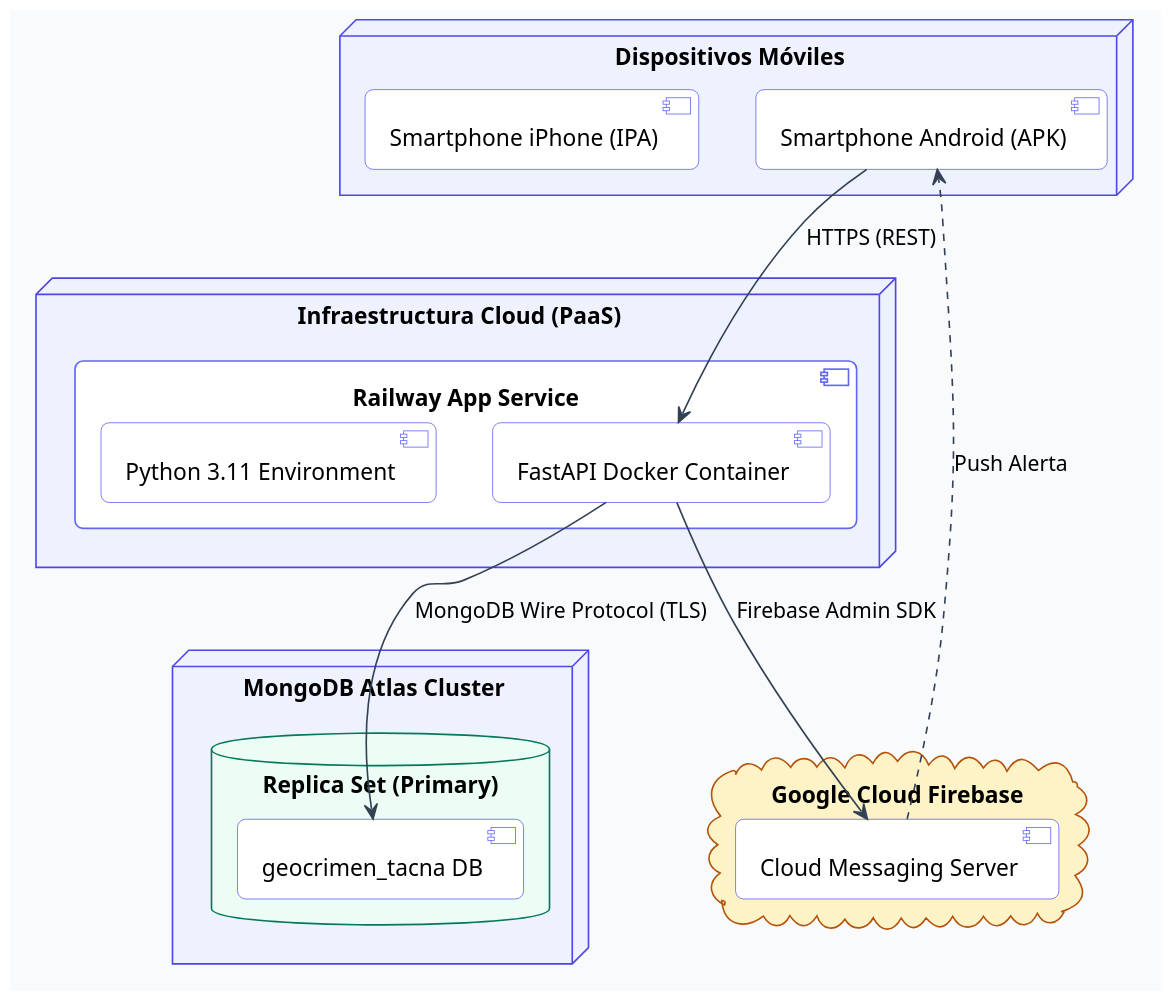
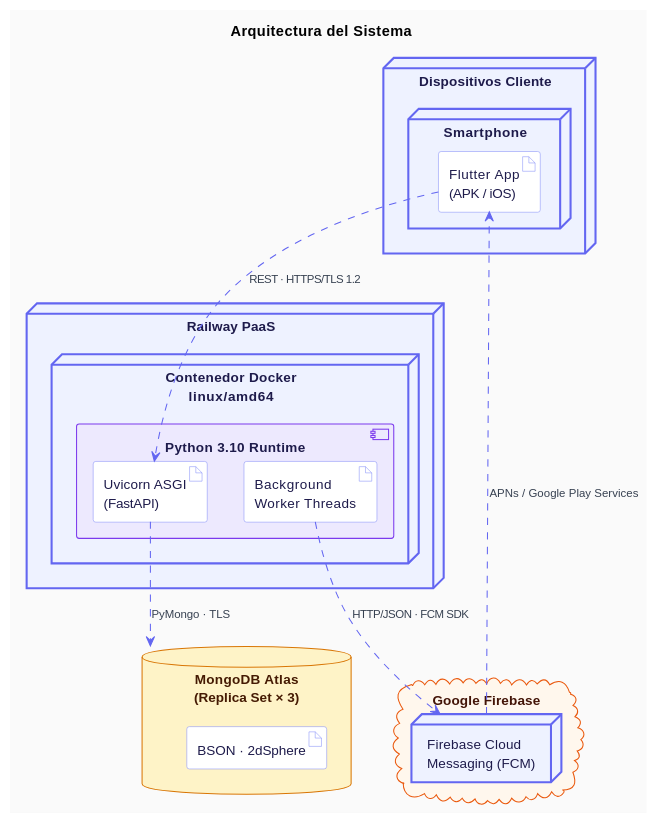
Before and after one commit to pieroalexanderppc/sgeo_pp: the tenth of 10 diagrams in docs/FD04-EPIS-Informe SAD de Proyecto.md, drawn with PlantUML. The commit also changed other lines of this file and 1 other file, not shown here.

````diff
--- a/docs/FD04-EPIS-Informe SAD de Proyecto.md
+++ b/docs/FD04-EPIS-Informe SAD de Proyecto.md
@@ -362,45 +477,76 @@
 ```plantuml
 @startuml
 skinparam shadowing false
-skinparam roundcorner 10
-skinparam dpi 150
-skinparam defaultFontName Segoe UI
-skinparam backgroundColor #F8FAFC
-skinparam ArrowColor #334155
-skinparam NodeBackgroundColor #EEF2FF
-skinparam NodeBorderColor #4F46E5
-skinparam ComponentBackgroundColor #FFFFFF
-skinparam ComponentBorderColor #6366F1
-skinparam DatabaseBackgroundColor #ECFDF5
-skinparam DatabaseBorderColor #047857
-skinparam CloudBackgroundColor #FEF3C7
-skinparam CloudBorderColor #B45309
+skinparam backgroundColor #FAFAFA
+skinparam defaultFontName Arial
+skinparam defaultFontSize 13
 
-node "Dispositivos Móviles" {
-  [Smartphone Android (APK)]
-  [Smartphone iPhone (IPA)]
+skinparam node {
+  BackgroundColor #EEF2FF
+  BorderColor #6366F1
+  FontColor #1E1B4B
+  BorderThickness 2
 }
 
-node "Infraestructura Cloud (PaaS)" {
-  component "Railway App Service" {
-    [FastAPI Docker Container]
-    [Python 3.11 Environment]
+skinparam artifact {
+  BackgroundColor #FFFFFF
+  BorderColor #818CF8
+  FontColor #1E1B4B
+}
+
+skinparam database {
+  BackgroundColor #FEF3C7
+  BorderColor #D97706
+  FontColor #451A03
+}
+
+skinparam cloud {
+  BackgroundColor #FFF7ED
+  BorderColor #EA580C
+  FontColor #431407
+}
+
+skinparam component {
+  BackgroundColor #EDE9FE
+  BorderColor #7C3AED
+  FontColor #1E1B4B
+}
+
+skinparam arrow {
+  Color #6366F1
+  FontColor #374151
+  FontSize 11
+}
+
+title Arquitectura del Sistema
+
+node "Dispositivos Cliente" {
+  node "Smartphone" {
+    artifact "Flutter App\n(APK / iOS)" as Movil
   }
 }
 
-node "MongoDB Atlas Cluster" {
-  database "Replica Set (Primary)" {
-    [geocrimen_tacna DB]
+node "Railway PaaS" {
+  node "Contenedor Docker\nlinux/amd64" as Docker {
+    component "Python 3.10 Runtime" as Runtime {
+      artifact "Uvicorn ASGI\n(FastAPI)" as Uvicorn
+      artifact "Background\nWorker Threads" as Worker
+    }
   }
 }
 
-cloud "Google Cloud Firebase" {
-  [Cloud Messaging Server]
+database "MongoDB Atlas\n(Replica Set × 3)" as Mongo {
+  artifact "BSON · 2dSphere" as BSON
 }
 
-[Smartphone Android (APK)] --> [FastAPI Docker Container] : HTTPS (REST)
-[FastAPI Docker Container] --> [geocrimen_tacna DB] : MongoDB Wire Protocol (TLS)
-[FastAPI Docker Container] --> [Cloud Messaging Server] : Firebase Admin SDK
-[Cloud Messaging Server] -.> [Smartphone Android (APK)] : Push Alerta
+cloud "Google Firebase" as GCloud {
+  node "Firebase Cloud\nMessaging (FCM)" as FCM
+}
+
+Movil   ..>  Uvicorn : REST · HTTPS/TLS 1.2
+Uvicorn ..>  Mongo   : PyMongo · TLS
+Worker  ..>  FCM     : HTTP/JSON · FCM SDK
+FCM     ..>  Movil   : APNs / Google Play Services
+
 @enduml
 ```
````
